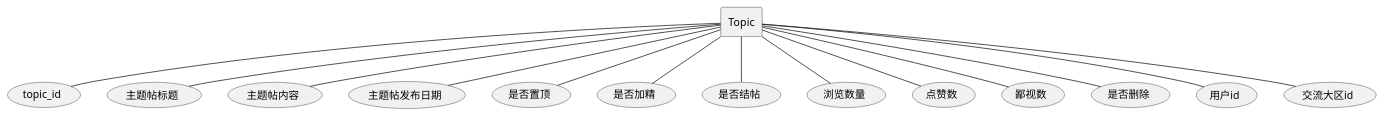
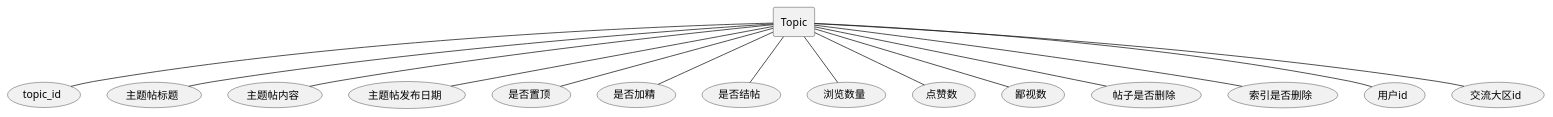
One commit to xiaokangxxs/notebook changed diagram 20 of 31 in docs/UML/plantuml.md. Above: the diagram before and after it, drawn with PlantUML. The commit also changed other lines of this file and 3 other files, not shown here.

````diff
--- a/docs/UML/plantuml.md
+++ b/docs/UML/plantuml.md
@@ -395,18 +396,19 @@
 ```plantuml
 @startuml
 rectangle Topic
 Topic -- (topic_id)
 Topic -- (主题帖标题)
 Topic -- (主题帖内容)
 Topic -- (主题帖发布日期)
 Topic -- (是否置顶)
 Topic -- (是否加精)
 Topic -- (是否结帖)
 Topic -- (浏览数量)
 Topic -- (点赞数)
 Topic -- (鄙视数)
-Topic -- (是否删除)
+Topic -- (帖子是否删除)
+Topic -- (索引是否删除)
 Topic -- (用户id)
 Topic -- (交流大区id)
 @enduml
 ```
````
